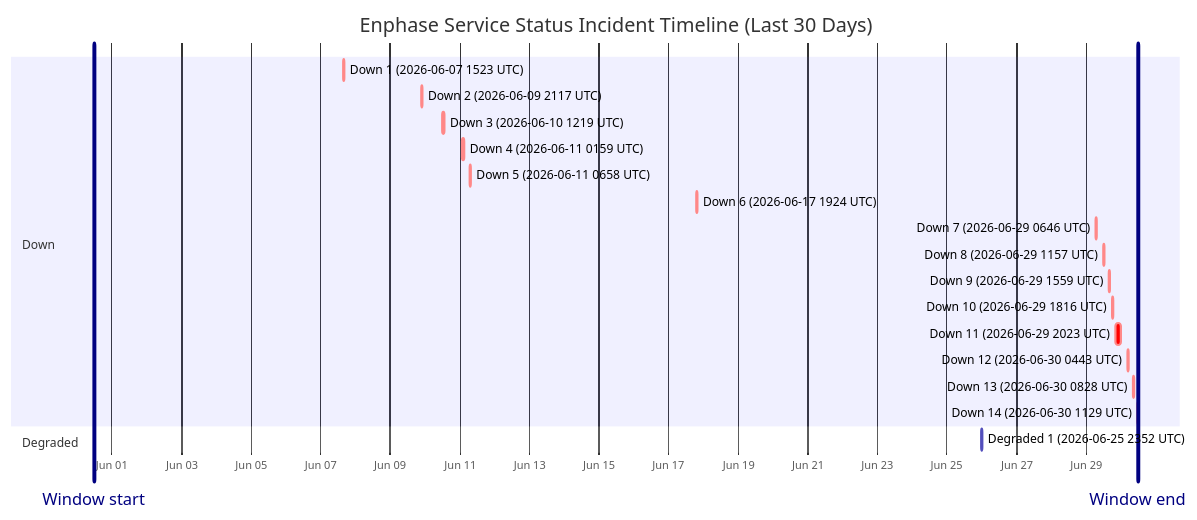
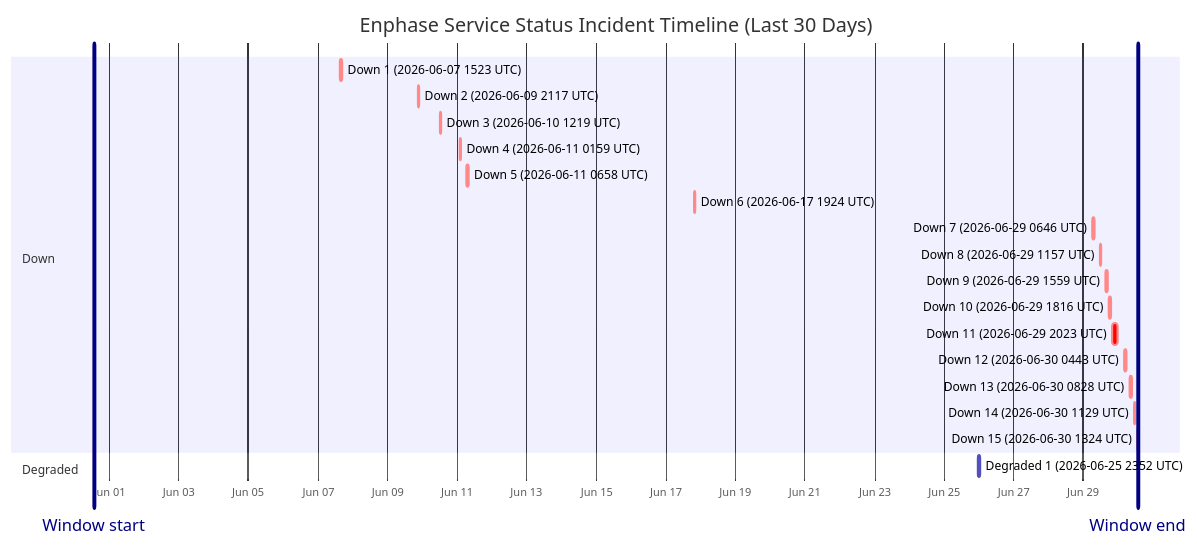
The diagram in wiki/Service-Status-History.md (barneyonline/ha-enphase-energy), drawn with Mermaid before and after one commit. The commit also changed other lines of this file and 3 other files, not shown here.

````diff
--- a/wiki/Service-Status-History.md
+++ b/wiki/Service-Status-History.md
@@ -14,25 +14,26 @@
 ```mermaid
 gantt
     title Enphase Service Status Incident Timeline (Last 30 Days)
     dateFormat  YYYY-MM-DDTHH:mm:ss
     axisFormat  %b %d
-    Window start :vert, window-start, 2026-05-31T11:29:15, 0ms
-    Window end :vert, window-end, 2026-06-30T11:29:15, 0ms
+    Window start :vert, window-start, 2026-05-31T13:24:25, 0ms
+    Window end :vert, window-end, 2026-06-30T13:24:25, 0ms
     section Down
     Down 1 (2026-06-07 1523 UTC) :crit, down-1, 2026-06-07T15:23:22, 87m
     Down 2 (2026-06-09 2117 UTC) :crit, down-2, 2026-06-09T21:17:17, 60m
     Down 3 (2026-06-10 1219 UTC) :crit, down-3, 2026-06-10T12:19:21, 60m
     Down 4 (2026-06-11 0159 UTC) :crit, down-4, 2026-06-11T01:59:36, 60m
     Down 5 (2026-06-11 0658 UTC) :crit, down-5, 2026-06-11T06:58:45, 60m
     Down 6 (2026-06-17 1924 UTC) :crit, down-6, 2026-06-17T19:24:51, 60m
     Down 7 (2026-06-29 0646 UTC) :crit, down-7, 2026-06-29T06:46:18, 60m
     Down 8 (2026-06-29 1157 UTC) :crit, down-8, 2026-06-29T11:57:36, 60m
     Down 9 (2026-06-29 1559 UTC) :crit, down-9, 2026-06-29T15:59:02, 60m
     Down 10 (2026-06-29 1816 UTC) :crit, down-10, 2026-06-29T18:16:38, 60m
     Down 11 (2026-06-29 2023 UTC) :crit, down-11, 2026-06-29T20:23:16, 220m
     Down 12 (2026-06-30 0443 UTC) :crit, down-12, 2026-06-30T04:43:54, 60m
     Down 13 (2026-06-30 0828 UTC) :crit, down-13, 2026-06-30T08:28:43, 60m
     Down 14 (2026-06-30 1129 UTC) :crit, down-14, 2026-06-30T11:29:15, 60m
+    Down 15 (2026-06-30 1324 UTC) :crit, down-15, 2026-06-30T13:24:25, 60m
     section Degraded
     Degraded 1 (2026-06-25 2352 UTC) :active, degraded-1, 2026-06-25T23:52:01, 60m
 ```
````
